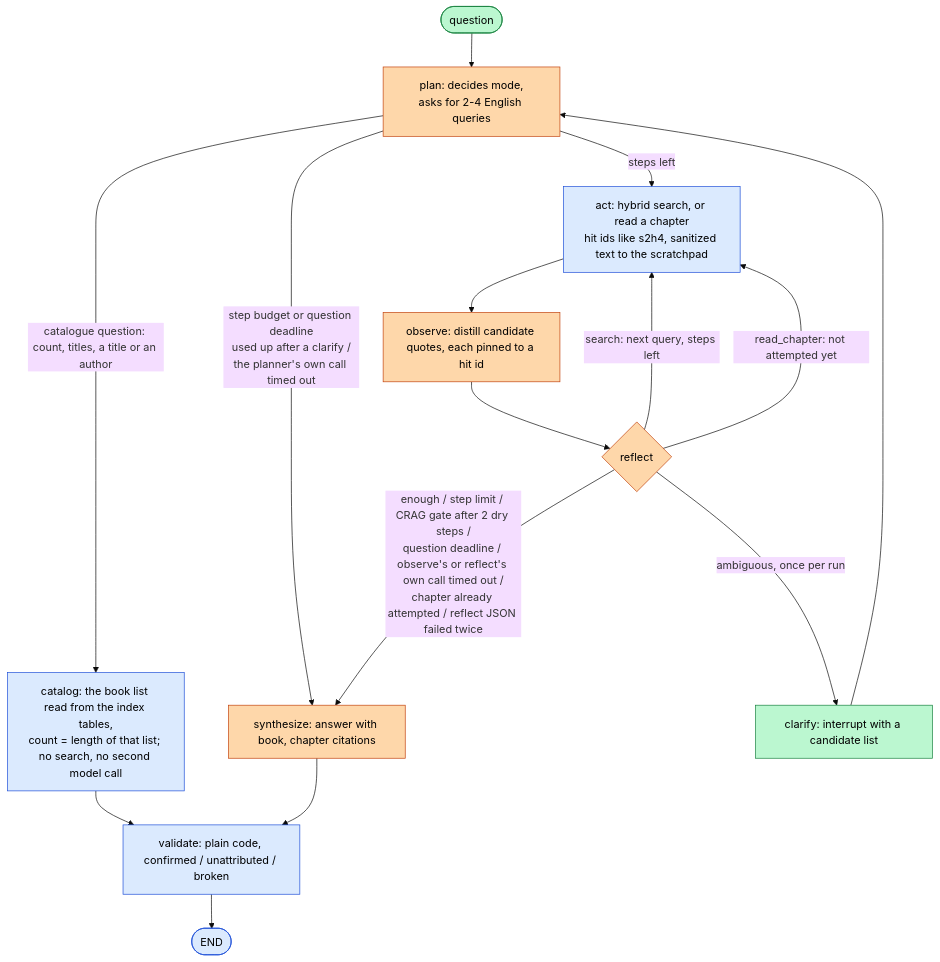
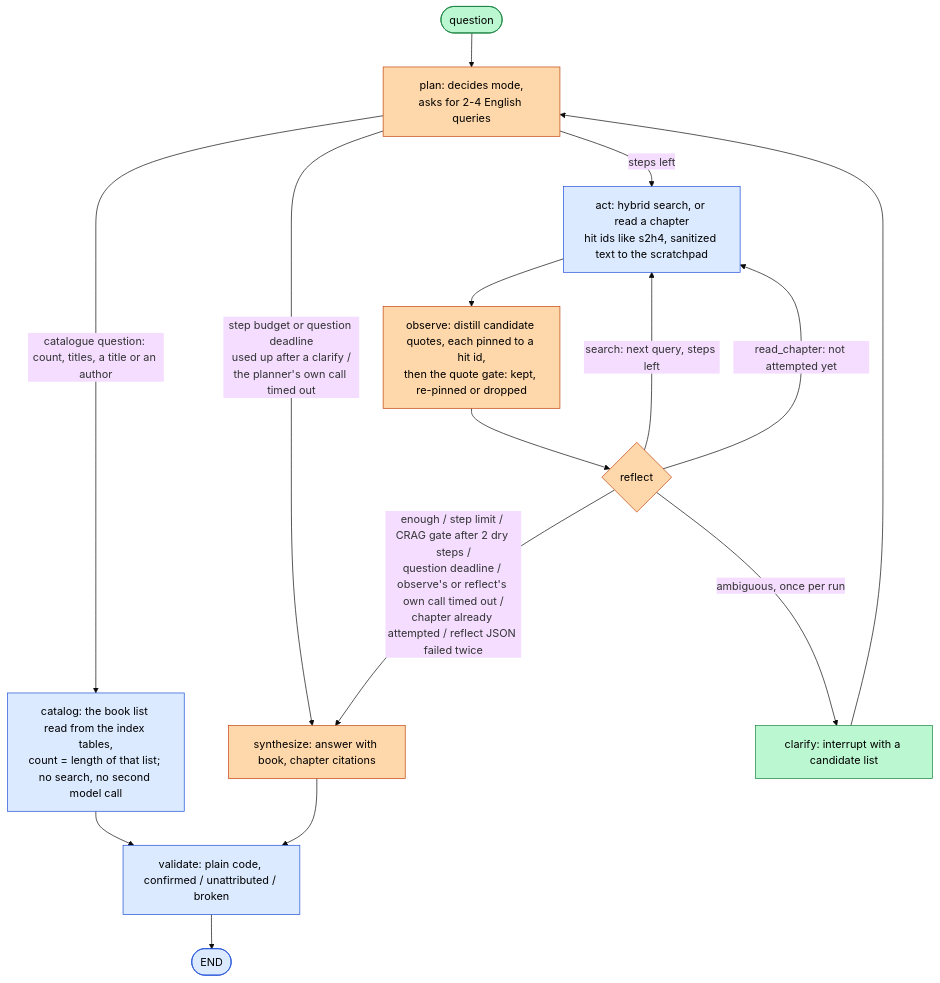
The second of 2 diagrams in docs/architecture.md (ievgen-borysenko/ask-your-library), drawn with Mermaid (base theme) before and after one commit. The commit also changed other lines of this file and 1 other file, not shown here.

````diff
--- a/docs/architecture.md
+++ b/docs/architecture.md
@@ -60,20 +60,20 @@
 ```mermaid
 flowchart TD
     Q(["question"]):::human --> P["plan: decides mode,<br/>asks for 2-4 English queries"]:::ai
     P -->|"steps left"| A["act: hybrid search, or read a chapter<br/>hit ids like s2h4, sanitized text to the scratchpad"]:::code
     P -->|"step budget or question deadline<br/>used up after a clarify /<br/>the planner's own call timed out"| S
     P -->|"catalogue question: count, titles, a title or an author"| K["catalog: the book list read from the index tables,<br/>count = length of that list; no search, no second model call"]:::code
     K --> V
-    A --> O["observe: distill candidate quotes, each pinned to a hit id"]:::ai
+    A --> O["observe: distill candidate quotes, each pinned to a hit id,<br/>then the quote gate: kept, re-pinned or dropped"]:::ai
     O --> R{"reflect"}:::ai
     R -->|"search: next query, steps left"| A
     R -->|"read_chapter: not attempted yet"| A
     R -->|"ambiguous, once per run"| C["clarify: interrupt with a candidate list"]:::human
     C --> P
     R -->|"enough / step limit / CRAG gate after 2 dry steps /<br/>question deadline / observe's or reflect's own call timed out /<br/>chapter already attempted / reflect JSON failed twice"| S["synthesize: answer with book, chapter citations"]:::ai
     S --> V["validate: plain code, confirmed / unattributed / broken"]:::code
     V --> E(["END"]):::code
     classDef code fill:#dbeafe,stroke:#1d4ed8,color:#000
     classDef ai fill:#fed7aa,stroke:#c2410c,color:#000
     classDef human fill:#bbf7d0,stroke:#15803d,color:#000
 ```
````
